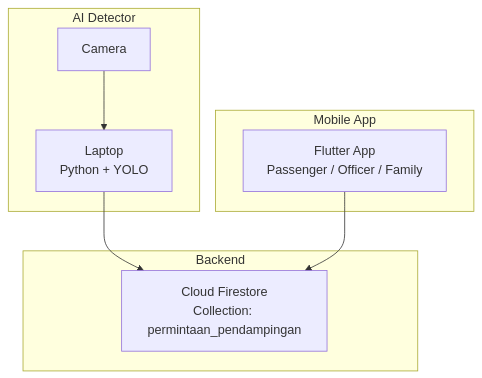
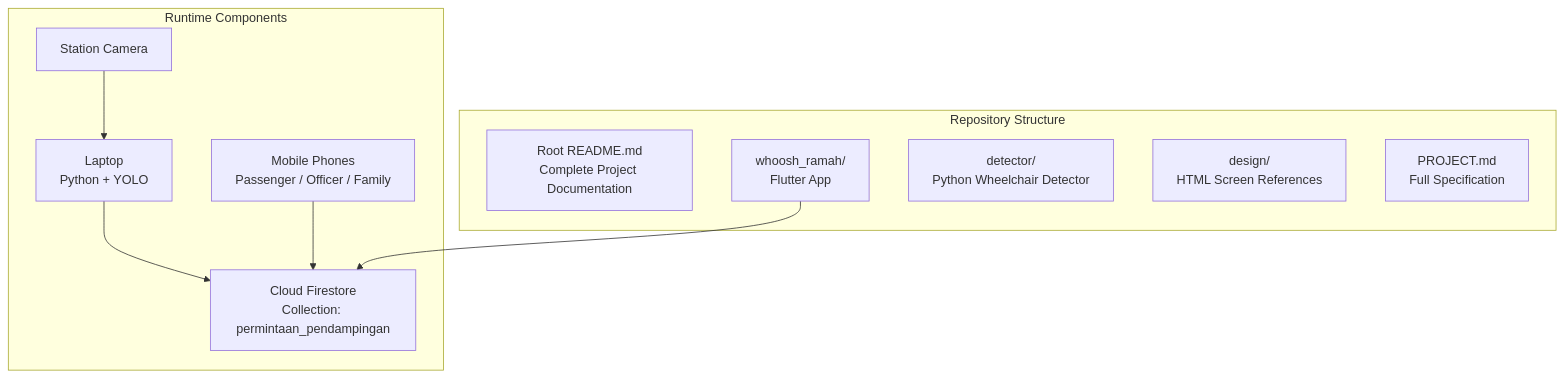
The first of 11 diagrams in .qoder/repowiki/en/content/Project Overview.md (rdsarjito/whoosh-ramah), drawn with Mermaid before and after one commit. The commit also changed other lines of this file and 18 other files, not shown here.

````diff
--- a/.qoder/repowiki/en/content/Project Overview.md
+++ b/.qoder/repowiki/en/content/Project Overview.md
@@ -51,16 +68,20 @@
 ```mermaid
 graph TB
-subgraph "Mobile App"
-Flutter["Flutter App<br/>Passenger / Officer / Family"]
+subgraph "Repository Structure"
+Root["Root README.md<br/>Complete Project Documentation"]
+FlutterApp["whoosh_ramah/<br/>Flutter App"]
+Detector["detector/<br/>Python Wheelchair Detector"]
+Design["design/<br/>HTML Screen References"]
+Spec["PROJECT.md<br/>Full Specification"]
 end
-subgraph "Backend"
+subgraph "Runtime Components"
+Camera["Station Camera"]
+Laptop["Laptop<br/>Python + YOLO"]
 Firestore["Cloud Firestore<br/>Collection: permintaan_pendampingan"]
-end
-subgraph "AI Detector"
-Laptop["Laptop<br/>Python + YOLO"]
-Camera["Camera"]
+Phones["Mobile Phones<br/>Passenger / Officer / Family"]
 end
 Camera --> Laptop
 Laptop --> Firestore
-Flutter --> Firestore
+FlutterApp --> Firestore
+Phones --> Firestore
 ```
````
